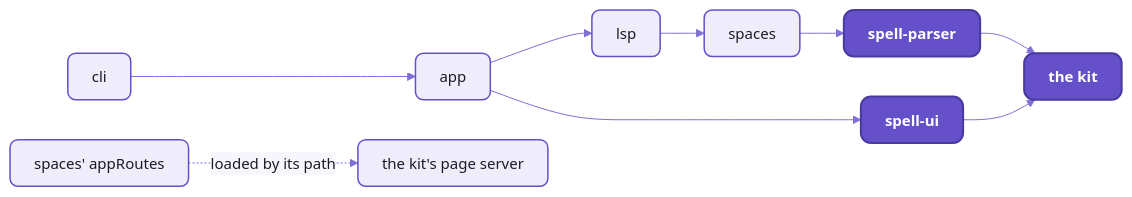
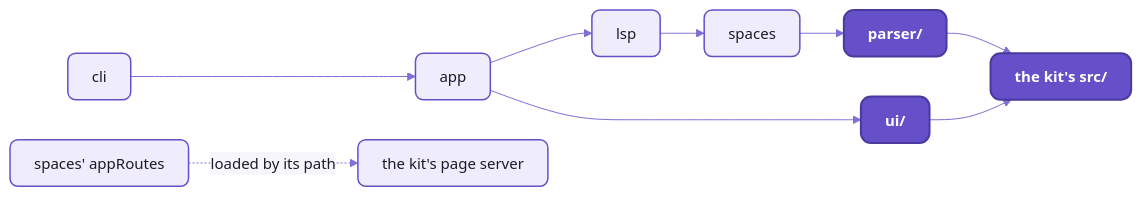
One commit to spell-app/spell changed the third of 4 diagrams in app/README.md. Above: the diagram before and after it, drawn with Mermaid. The commit also changed other lines of this file and 21 other files, not shown here.

````diff
--- a/app/README.md
+++ b/app/README.md
@@ -333,11 +333,11 @@
 ```mermaid
 %%{init: {"theme":"base","themeVariables":{"fontFamily":"-apple-system, BlinkMacSystemFont, Segoe UI, Helvetica, Arial, sans-serif","fontSize":"15px","primaryColor":"#EFECFB","primaryBorderColor":"#6550CA","primaryTextColor":"#1A1C27","secondaryColor":"#F4F1E9","tertiaryColor":"#F7F6FC","lineColor":"#7F6FD6","textColor":"#7F6FD6","clusterBkg":"#F7F6FC","clusterBorder":"#B9B0E8","titleColor":"#1A1C27","edgeLabelBackground":"#F7F6FC","actorBkg":"#EFECFB","actorBorder":"#6550CA","actorTextColor":"#1A1C27","actorLineColor":"#9C90DE","signalColor":"#7F6FD6","signalTextColor":"#7F6FD6","labelBoxBkgColor":"#EFECFB","labelBoxBorderColor":"#6550CA","labelTextColor":"#1A1C27","loopTextColor":"#7F6FD6","noteBkgColor":"#F1E7D4","noteBorderColor":"#C9B48A","noteTextColor":"#1A1C27","activationBkgColor":"#DCD6F7","activationBorderColor":"#6550CA","sequenceNumberColor":"#FFFFFF"},"flowchart":{"curve":"basis","padding":12,"nodeSpacing":40,"rankSpacing":44}}}%%
 flowchart LR
-  cli --> app --> lsp --> spaces --> lang["spell-parser"] --> kit["the kit"]
-  app --> ui["spell-ui"] --> kit
+  cli --> app --> lsp --> spaces --> lang["parser/"] --> kit["the kit's src/"]
+  app --> ui["ui/"] --> kit
   routes["spaces' appRoutes"] -. "loaded by its path" .-> kitServer["the kit's page server"]
   %% the Spell look:  yarn mermaid:pretty
   classDef default fill:#EFECFB,stroke:#6550CA,stroke-width:1.5px,color:#1A1C27,rx:8px,ry:8px
   classDef repo fill:#6550CA,stroke:#4A3AA0,stroke-width:2px,color:#FFFFFF,rx:10px,ry:10px,font-weight:600
   class lang,kit,ui repo
 ```
````
